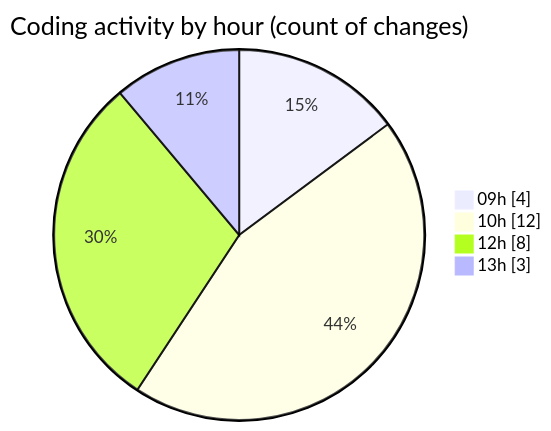
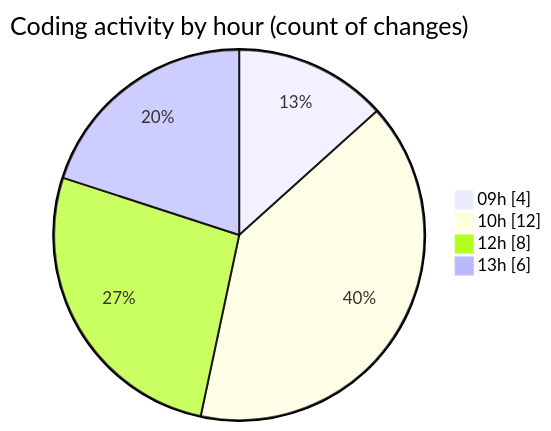
The second of 2 diagrams in 2025-05-19/nxtqube_webapp/README.md (nxtqubesakshisongat/code-tracking), drawn with Mermaid before and after one commit. The commit also changed other lines of this file and 1 other file, not shown here.

````diff
--- a/2025-05-19/nxtqube_webapp/README.md
+++ b/2025-05-19/nxtqube_webapp/README.md
@@ -35,8 +35,8 @@
 ```mermaid
 pie showData
 title Coding activity by hour (count of changes)
 "09h" : 4
 "10h" : 12
 "12h" : 8
-"13h" : 3
+"13h" : 6
 ```
````
